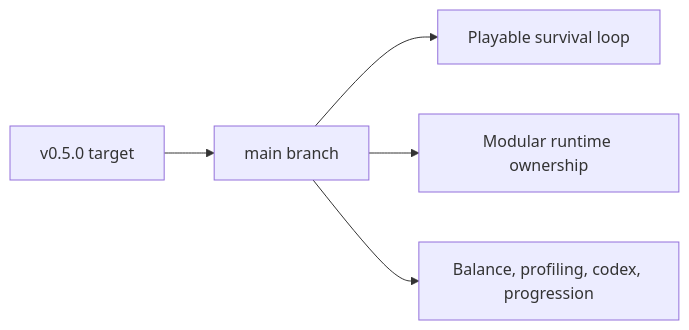
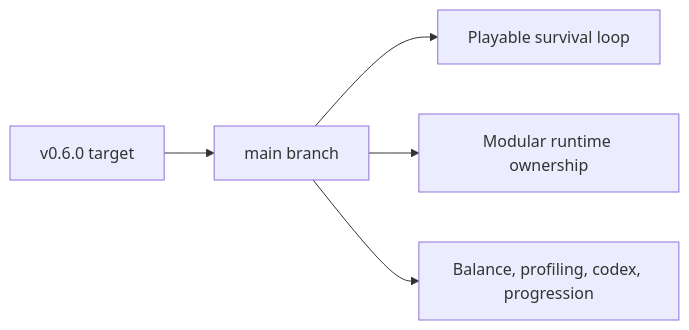
One commit to AlexAgo83/emberwake changed the second of 11 diagrams in README.md. Above: the diagram before and after it, drawn with Mermaid. The commit also changed other lines of this file and 9 other files, not shown here.

````diff
--- a/README.md
+++ b/README.md
@@ -56,7 +56,7 @@
 ```mermaid
 flowchart LR
-    Release[v0.5.0 target] --> Main[main branch]
+    Release[v0.6.0 target] --> Main[main branch]
     Main --> Playable[Playable survival loop]
     Main --> Modular[Modular runtime ownership]
     Main --> Next[Balance, profiling, codex, progression]
 ```
````
